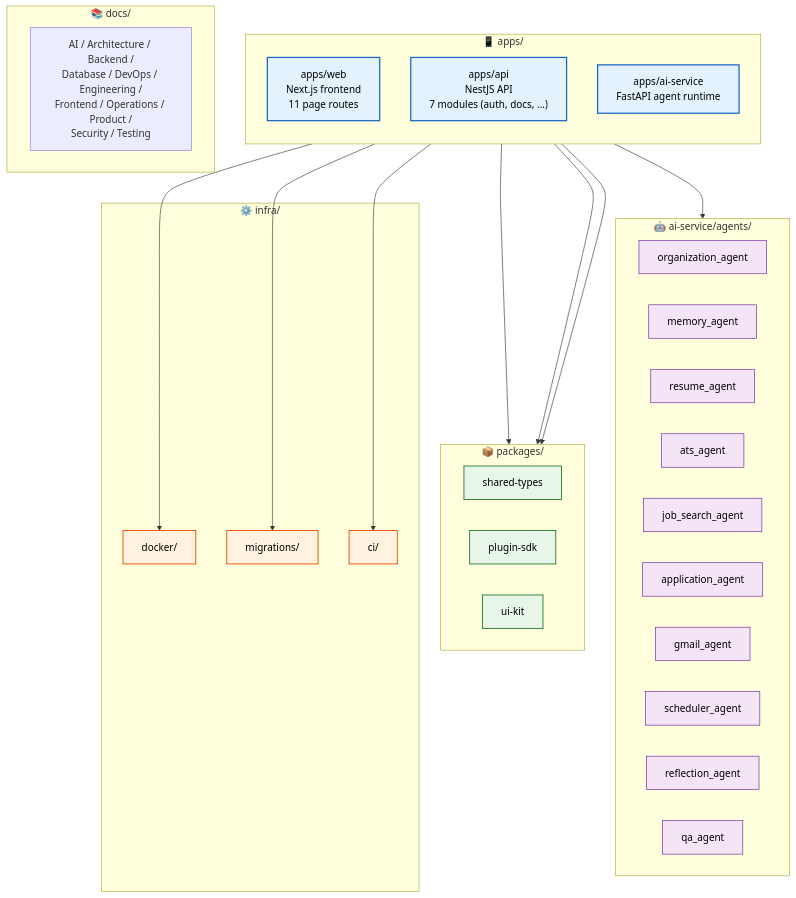
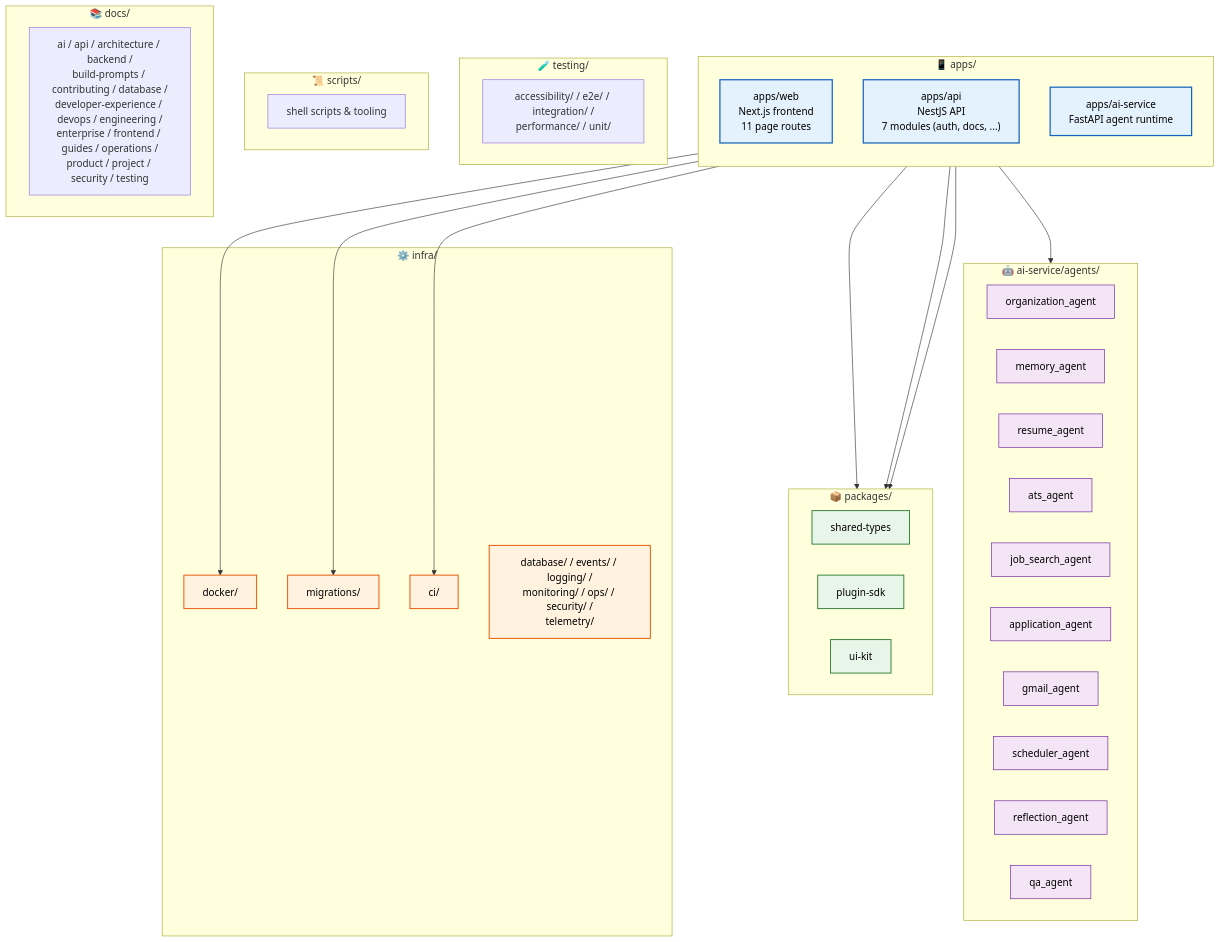
One commit to Driftloom/Vaeloom changed the diagram in docs/engineering/Folder-Structure.md. Above: the diagram before and after it, drawn with Mermaid. The commit also changed other lines of this file and 12 other files, not shown here.

Commit message:
S12-S15: rename testing/a11y/ → accessibility/, update pnpm-workspace, .gitignore, Folder-Structure.md, ADR-009, fix stale Docs/ → docs/ paths

````diff
--- a/docs/engineering/Folder-Structure.md
+++ b/docs/engineering/Folder-Structure.md
@@ -8,53 +8,63 @@
 ```mermaid
 graph TD
     classDef apps fill:#e3f2fd,stroke:#1565c0,color:#000,stroke-width:2px
     classDef pkg fill:#e8f5e9,stroke:#2e7d32,color:#000,stroke-width:1.5px
     classDef infra fill:#fff3e0,stroke:#e65100,color:#000,stroke-width:1.5px
     classDef agent fill:#f3e5f5,stroke:#6a1b9a,color:#000,stroke-width:1px
 
     subgraph Apps["📱 apps/"]
         direction TB
         WEB["apps/web<br/>Next.js frontend<br/>11 page routes"]
         API["apps/api<br/>NestJS API<br/>7 modules (auth, docs, ...)"]
         AI["apps/ai-service<br/>FastAPI agent runtime"]
     end
 
     subgraph Agents["🤖 ai-service/agents/"]
         A1["organization_agent"]
         A2["memory_agent"]
         A3["resume_agent"]
         A4["ats_agent"]
         A5["job_search_agent"]
         A6["application_agent"]
         A7["gmail_agent"]
         A8["scheduler_agent"]
         A9["reflection_agent"]
         A10["qa_agent"]
     end
 
     subgraph Pkgs["📦 packages/"]
         P1["shared-types"]
         P2["plugin-sdk"]
         P3["ui-kit"]
     end
 
     subgraph Infra["⚙️ infra/"]
         I1["docker/"]
         I2["migrations/"]
         I3["ci/"]
+        I4["database/ / events/ / logging/ /<br/>monitoring/ / ops/ / security/ /<br/>telemetry/"]
+    end
+
+    subgraph Testing["🧪 testing/"]
+        T1["accessibility/ / e2e/ / integration/ /<br/>performance/ / unit/"]
+    end
+
+    subgraph Scripts["📜 scripts/"]
+        S1["shell scripts & tooling"]
     end
 
     subgraph Docs["📚 docs/"]
-        D1["AI / Architecture / Backend /<br/>Database / DevOps / Engineering /<br/>Frontend / Operations / Product /<br/>Security / Testing"]
+        D1["ai / api / architecture / backend /<br/>build-prompts / contributing / database /<br/>developer-experience / devops / engineering /<br/>enterprise / frontend / guides / operations /<br/>product / project / security / testing"]
     end
 
     AI --> Agents
     WEB & API & AI --> Pkgs
     Apps --> I1 & I2 & I3
 
     class WEB,API,AI apps
     class A1,A2,A3,A4,A5,A6,A7,A8,A9,A10 agent
     class P1,P2,P3 pkg
-    class I1,I2,I3 infra
+    class I1,I2,I3,I4 infra
     class D1 docs
+    class T1 testing
 ```
````
